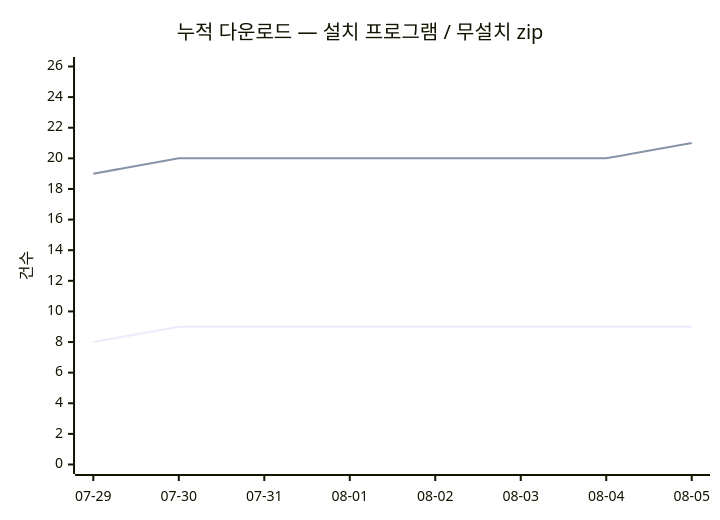
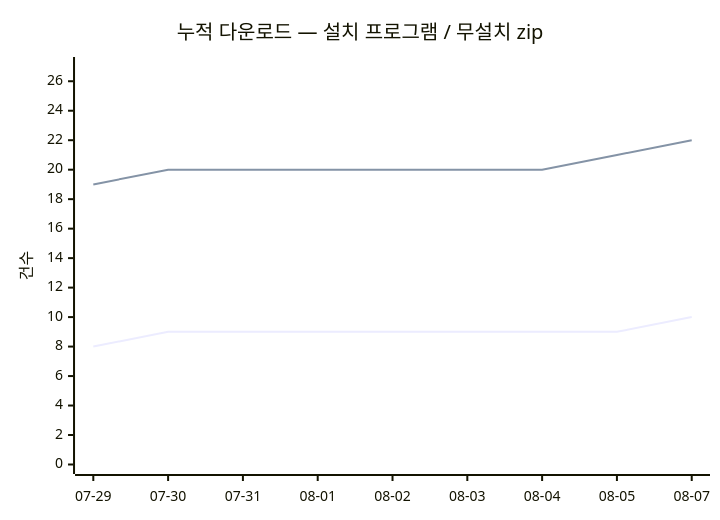
One commit to dodaseo/ibis-releases changed the diagram in README.md. Above: the diagram before and after it, drawn with Mermaid. The commit also changed other lines of this file and 2 other files, not shown here.

Commit message:
chore(stats): 다운로드 스냅숏 2026-08-07

````diff
--- a/README.md
+++ b/README.md
@@ -132,8 +132,8 @@
 ```mermaid
 xychart-beta
     title "누적 다운로드 — 설치 프로그램 / 무설치 zip"
-    x-axis [07-29, 07-30, 07-31, 08-01, 08-02, 08-03, 08-04, 08-05]
-    y-axis "건수" 0 --> 26
-    line [8, 9, 9, 9, 9, 9, 9, 9]
-    line [19, 20, 20, 20, 20, 20, 20, 21]
+    x-axis [07-29, 07-30, 07-31, 08-01, 08-02, 08-03, 08-04, 08-05, 08-07]
+    y-axis "건수" 0 --> 27
+    line [8, 9, 9, 9, 9, 9, 9, 9, 10]
+    line [19, 20, 20, 20, 20, 20, 20, 21, 22]
 ```
````
